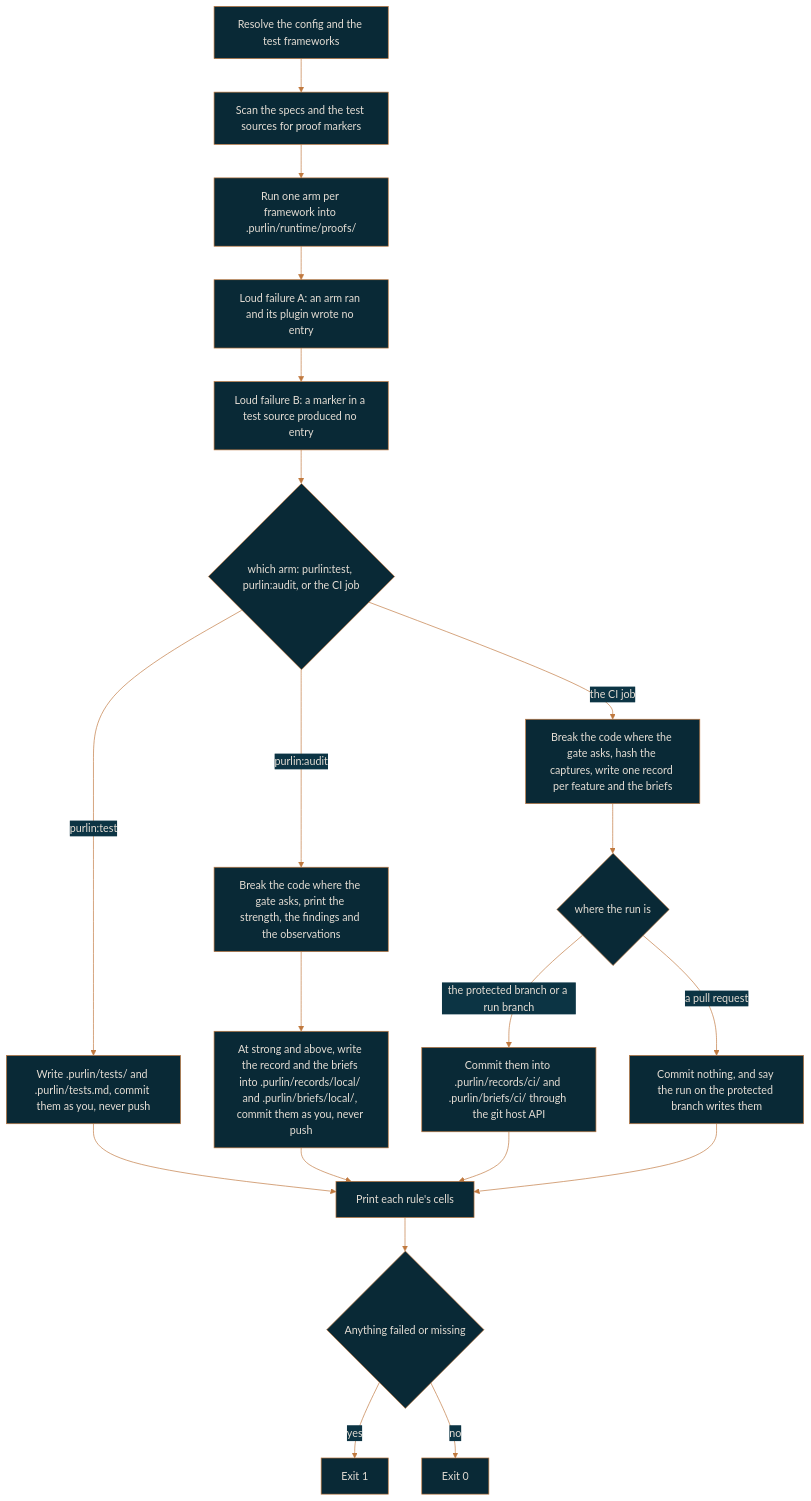
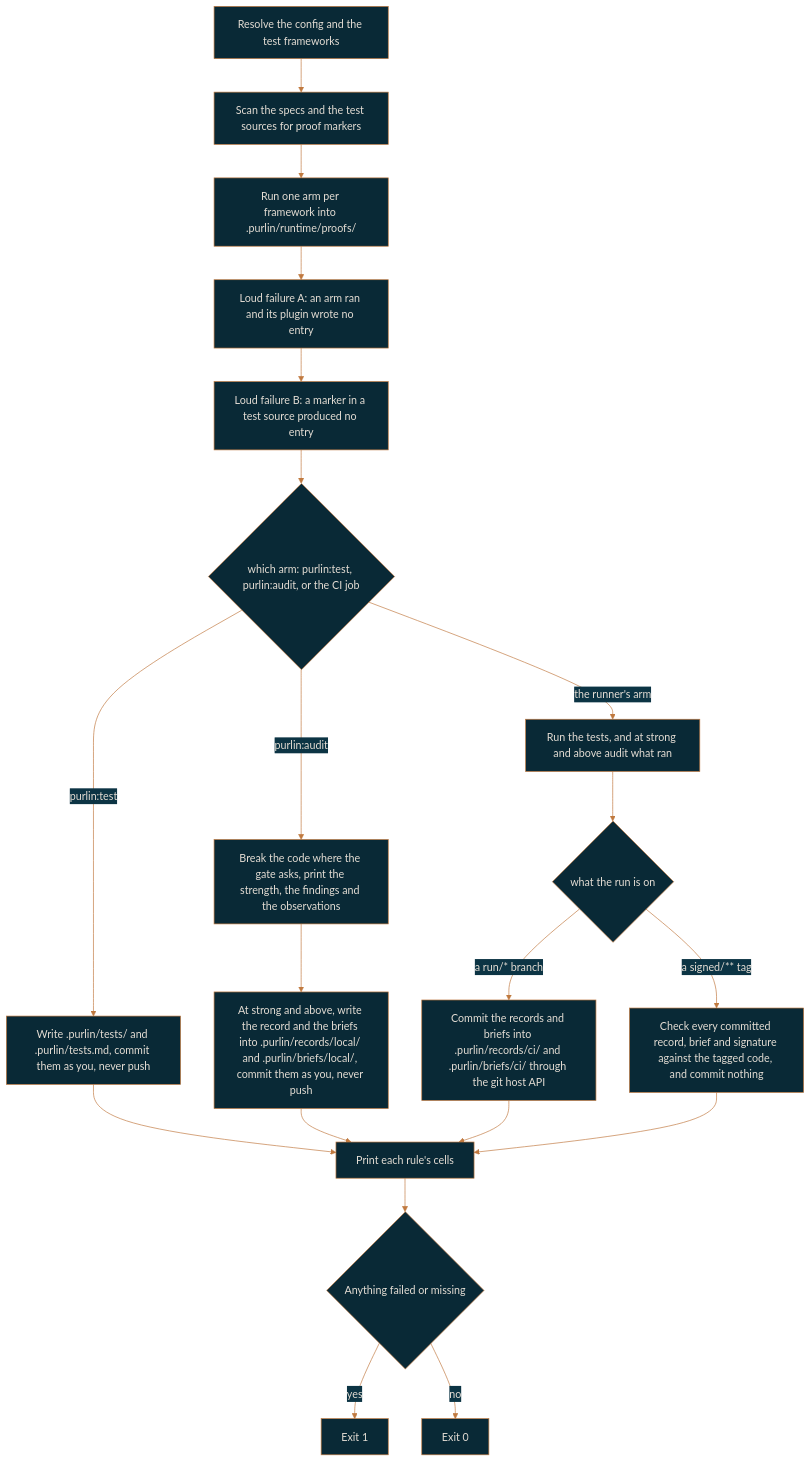
Before and after one commit to rlabarca/purlin: the diagram in docs/running-and-records.md, drawn with Mermaid. The commit also changed other lines of this file and 13 other files, not shown here.

````diff
--- a/docs/running-and-records.md
+++ b/docs/running-and-records.md
@@ -101,23 +106,23 @@
 ```mermaid
 %%{init: {"theme": "base", "themeVariables": {"background": "#0C3444", "primaryColor": "#092936", "primaryTextColor": "#E4DDD4", "primaryBorderColor": "#C0793F", "lineColor": "#C0793F", "secondaryColor": "#0C3444", "tertiaryColor": "#092936", "fontFamily": "Arial", "textColor": "#E4DDD4"}}}%%
 flowchart TD
   A[Resolve the config and the test frameworks] --> B[Scan the specs and the test sources for proof markers]
   B --> C[Run one arm per framework into .purlin/runtime/proofs/]
   C --> D[Loud failure A: an arm ran and its plugin wrote no entry]
   D --> E[Loud failure B: a marker in a test source produced no entry]
   E --> F{"which arm: purlin:test, purlin:audit, or the CI job"}
   F -- "purlin:test" --> T1["Write .purlin/tests/ and .purlin/tests.md, commit them as you, never push"]
   F -- "purlin:audit" --> A1["Break the code where the gate asks, print the strength, the findings and the observations"]
   A1 --> A2["At strong and above, write the record and the briefs into .purlin/records/local/ and .purlin/briefs/local/, commit them as you, never push"]
-  F -- "the CI job" --> H["Break the code where the gate asks, hash the captures, write one record per feature and the briefs"]
-  H --> Ci{"where the run is"}
-  Ci -->|"the protected branch or a run branch"| I2["Commit them into .purlin/records/ci/ and .purlin/briefs/ci/ through the git host API"]
-  Ci -->|"a pull request"| I3["Commit nothing, and say the run on the protected branch writes them"]
+  F -- "the runner's arm" --> H["Run the tests, and at strong and above audit what ran"]
+  H --> Ci{"what the run is on"}
+  Ci -->|"a run/* branch"| I2["Commit the records and briefs into .purlin/records/ci/ and .purlin/briefs/ci/ through the git host API"]
+  Ci -->|"a signed/** tag"| I3["Check every committed record, brief and signature against the tagged code, and commit nothing"]
   T1 --> G["Print each rule's cells"]
   A2 --> G
   I2 --> G
   I3 --> G
   G --> J{Anything failed or missing}
   J -- yes --> K[Exit 1]
   J -- no --> L[Exit 0]
 ```
````
